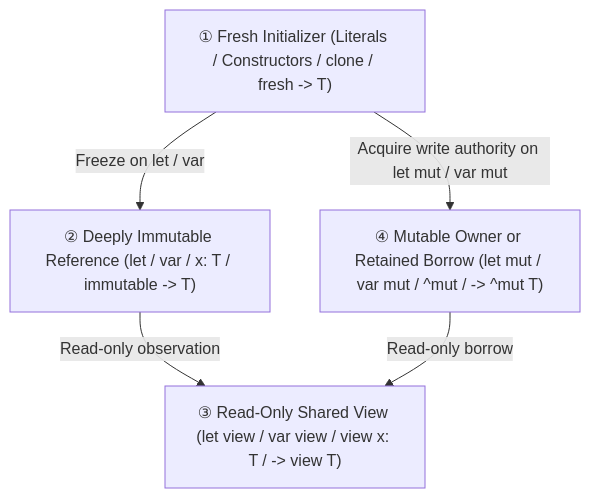
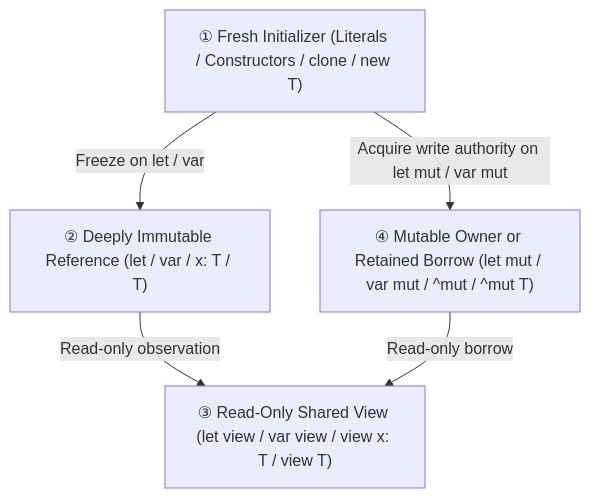
One commit to wooloo26/Ril changed the diagram in COLLECTIONS.md. Above: the diagram before and after it, drawn with Mermaid. The commit also changed other lines of this file, not shown here.

````diff
--- a/COLLECTIONS.md
+++ b/COLLECTIONS.md
@@ -36,12 +61,12 @@
 ```mermaid
 flowchart TD
-    Fresh["① Fresh Initializer (Literals / Constructors / clone / fresh -> T)"]
-    Immut["② Deeply Immutable Reference (let / var / x: T / immutable -> T)"]
-    Mut["④ Mutable Owner or Retained Borrow (let mut / var mut / ^mut / -> ^mut T)"]
-    View["③ Read-Only Shared View (let view / var view / view x: T / -> view T)"]
+    Fresh["① Fresh Initializer (Literals / Constructors / clone / new T)"]
+    Immut["② Deeply Immutable Reference (let / var / x: T / T)"]
+    Mut["④ Mutable Owner or Retained Borrow (let mut / var mut / ^mut / ^mut T)"]
+    View["③ Read-Only Shared View (let view / var view / view x: T / view T)"]
 
     Fresh -->|"Freeze on let / var"| Immut
     Fresh -->|"Acquire write authority on let mut / var mut"| Mut
     Immut -->|"Read-only observation"| View
     Mut -->|"Read-only borrow"| View
 ```
````
